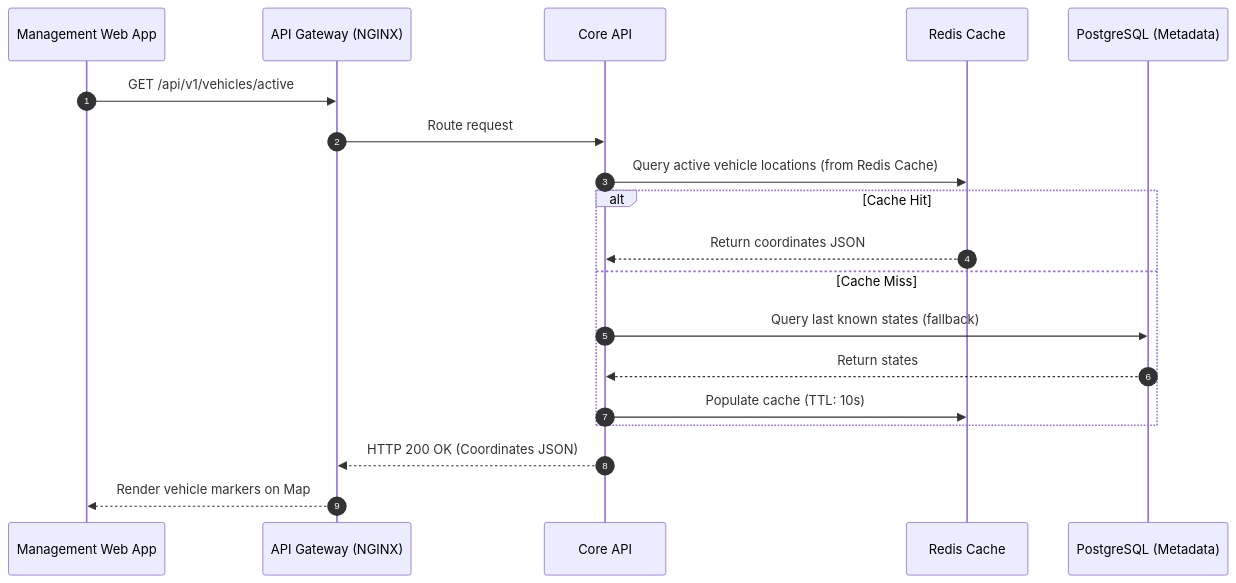
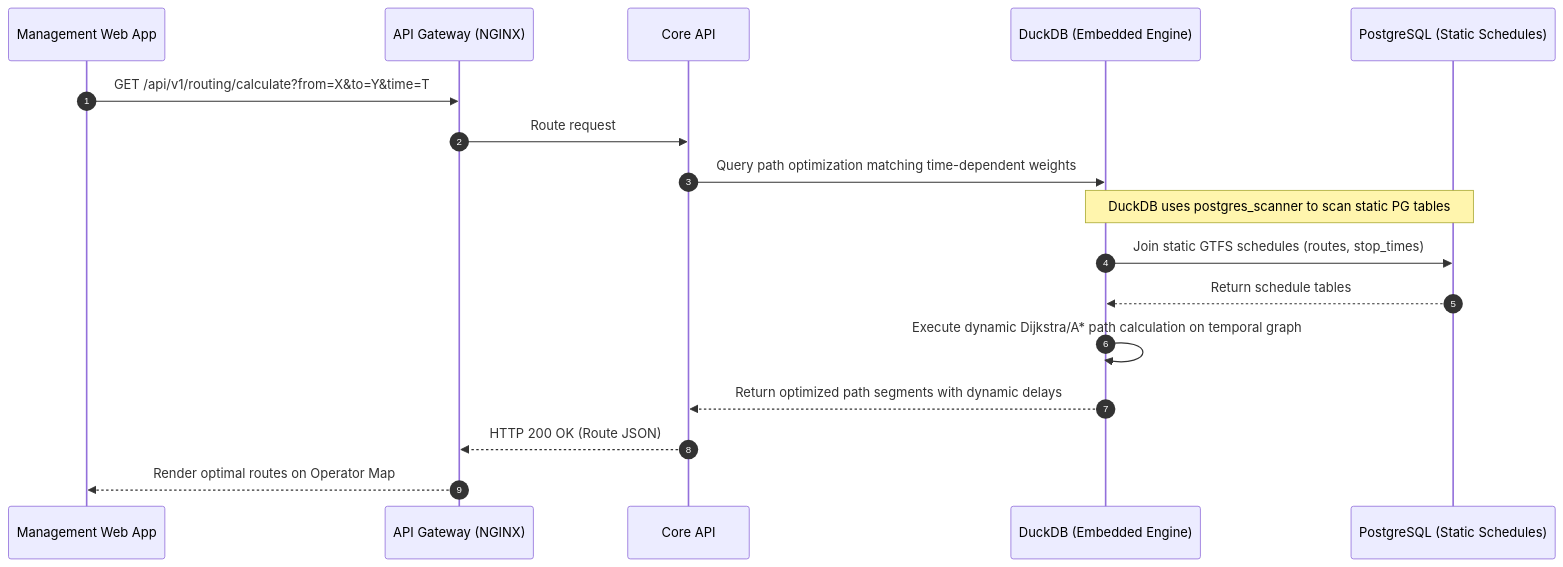
The second of 2 diagrams in docs/design/request-lifecycle.md (Shreyas-Agarwal/transit-intelligence), drawn with Mermaid before and after one commit. The commit also changed other lines of this file and 1 other file, not shown here.

Commit message:
docs(design): update request-lifecycle and system-context for embedded DuckDB and GTFS-RT polling

````diff
--- a/docs/design/request-lifecycle.md
+++ b/docs/design/request-lifecycle.md
@@ -33,22 +35,22 @@
 ```mermaid
 sequenceDiagram
     autonumber
     participant Portal as Management Web App
     participant Gateway as API Gateway (NGINX)
     participant API as Core API
-    participant Cache as Redis Cache
-    participant DB as PostgreSQL (Metadata)
+    participant Duck as DuckDB (Embedded Engine)
+    participant DB as PostgreSQL (Static Schedules)
 
-    Portal->>Gateway: GET /api/v1/vehicles/active
+    Portal->>Gateway: GET /api/v1/routing/calculate?from=X&to=Y&time=T
     Gateway->>API: Route request
-    API->>Cache: Query active vehicle locations (from Redis Cache)
-    alt Cache Hit
-        Cache-->>API: Return coordinates JSON
-    else Cache Miss
-        API->>DB: Query last known states (fallback)
-        DB-->>API: Return states
-        API->>Cache: Populate cache (TTL: 10s)
-    end
-    API-->>Gateway: HTTP 200 OK (Coordinates JSON)
-    Gateway-->>Portal: Render vehicle markers on Map
+
+    API->>Duck: Query path optimization matching time-dependent weights
+    Note over Duck, DB: DuckDB uses postgres_scanner to scan static PG tables
+    Duck->>DB: Join static GTFS schedules (routes, stop_times)
+    DB-->>Duck: Return schedule tables
+    Duck->>Duck: Execute dynamic Dijkstra/A* path calculation on temporal graph
+    Duck-->>API: Return optimized path segments with dynamic delays
+
+    API-->>Gateway: HTTP 200 OK (Route JSON)
+    Gateway-->>Portal: Render optimal routes on Operator Map
 ```
````
